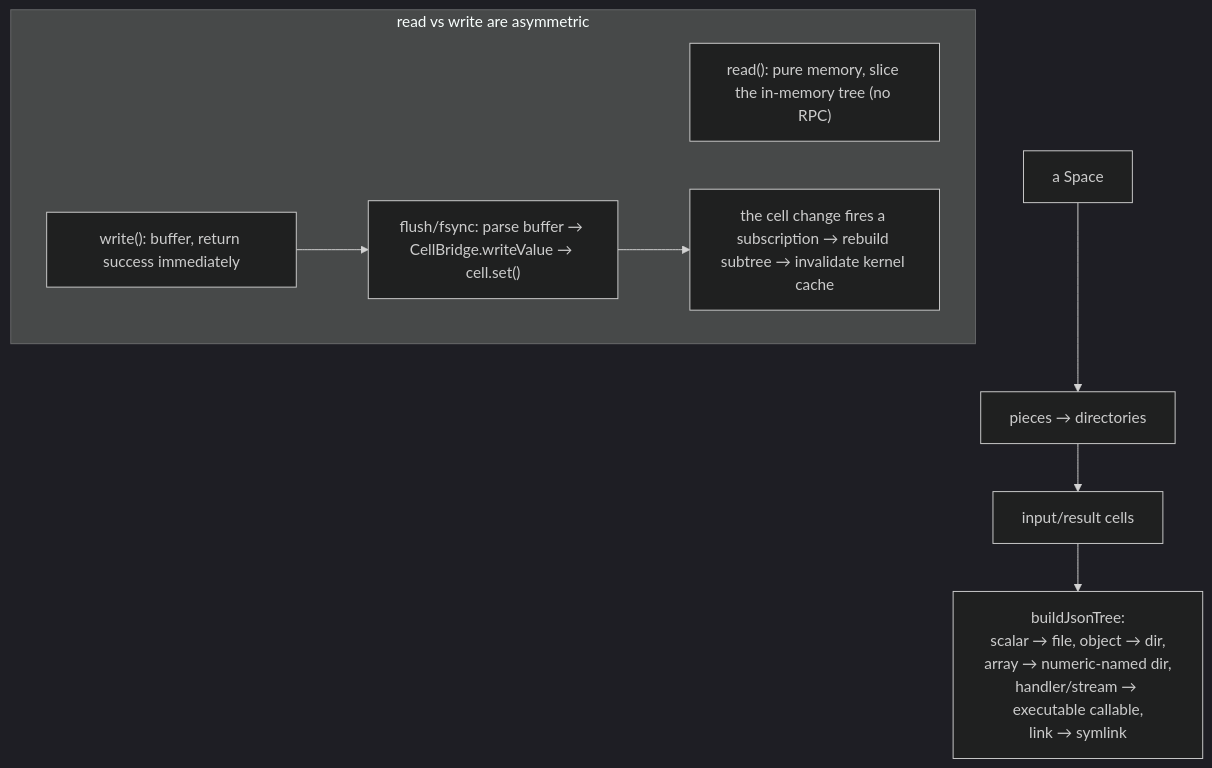
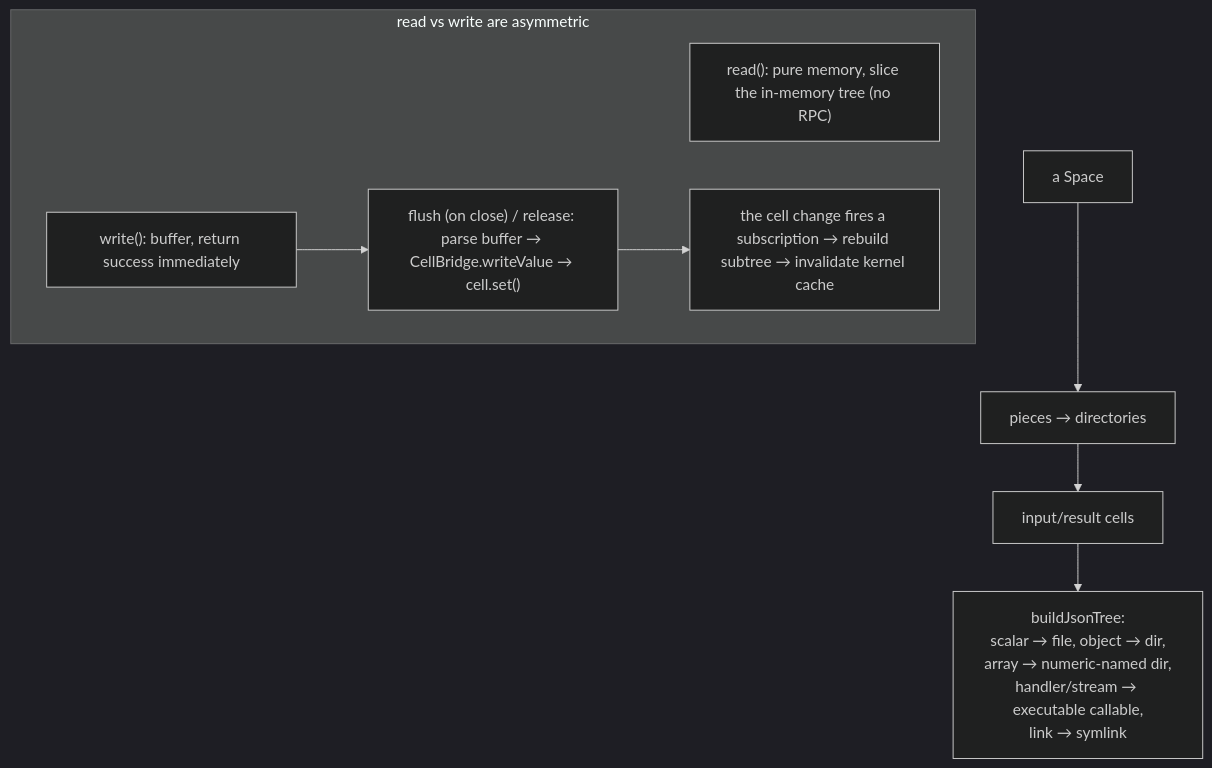
The fourth of 4 diagrams in docs/development/orientation/cli-piece-fuse.md (commontoolsinc/labs), drawn with Mermaid (dark theme) before and after one commit. The commit also changed 7 other files, not shown here.

First line of the commit message:
docs(orientation): correct flow diagrams and interpretive claims

````diff
--- a/docs/development/orientation/cli-piece-fuse.md
+++ b/docs/development/orientation/cli-piece-fuse.md
@@ -111,16 +111,16 @@
 ```mermaid
 flowchart TB
     space["a Space"]
     pieces["pieces → directories"]
     cells["input/result cells"]
     tree["buildJsonTree:<br/>scalar → file, object → dir,<br/>array → numeric-named dir,<br/>handler/stream → executable callable,<br/>link → symlink"]
     space --> pieces --> cells --> tree
 
     subgraph io["read vs write are asymmetric"]
         read["read(): pure memory, slice the in-memory tree (no RPC)"]
         write["write(): buffer, return success immediately"]
-        flush["flush/fsync: parse buffer → CellBridge.writeValue → cell.set()"]
+        flush["flush (on close) / release: parse buffer → CellBridge.writeValue → cell.set()"]
         inval["the cell change fires a subscription → rebuild subtree → invalidate kernel cache"]
         write --> flush --> inval
     end
 ```
````
